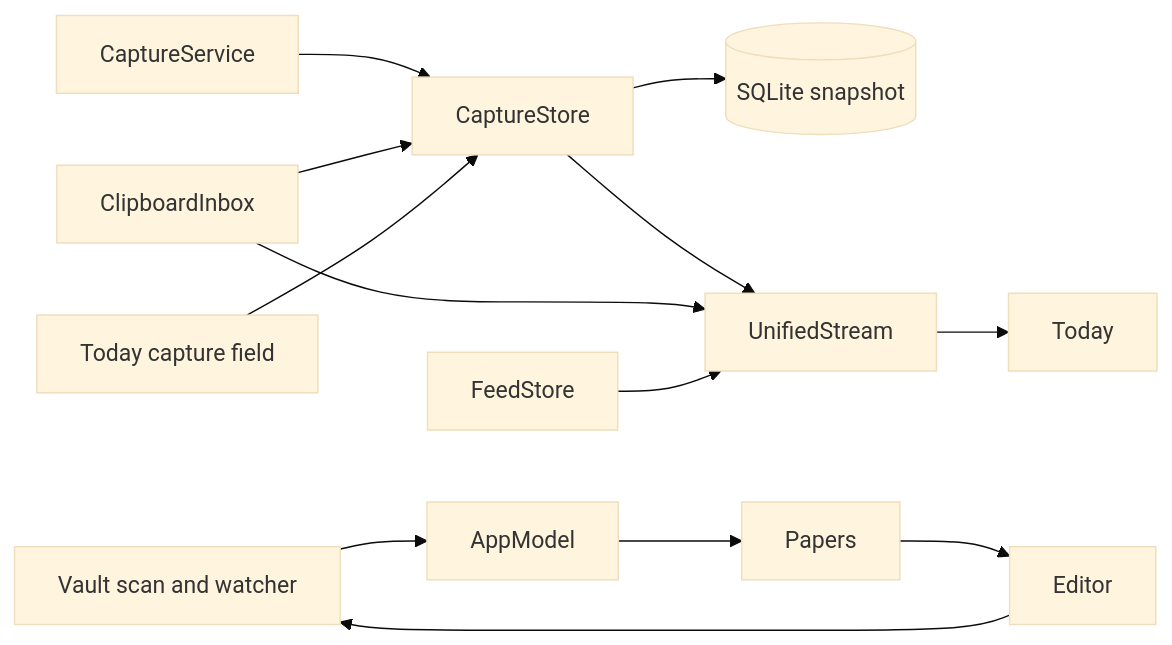
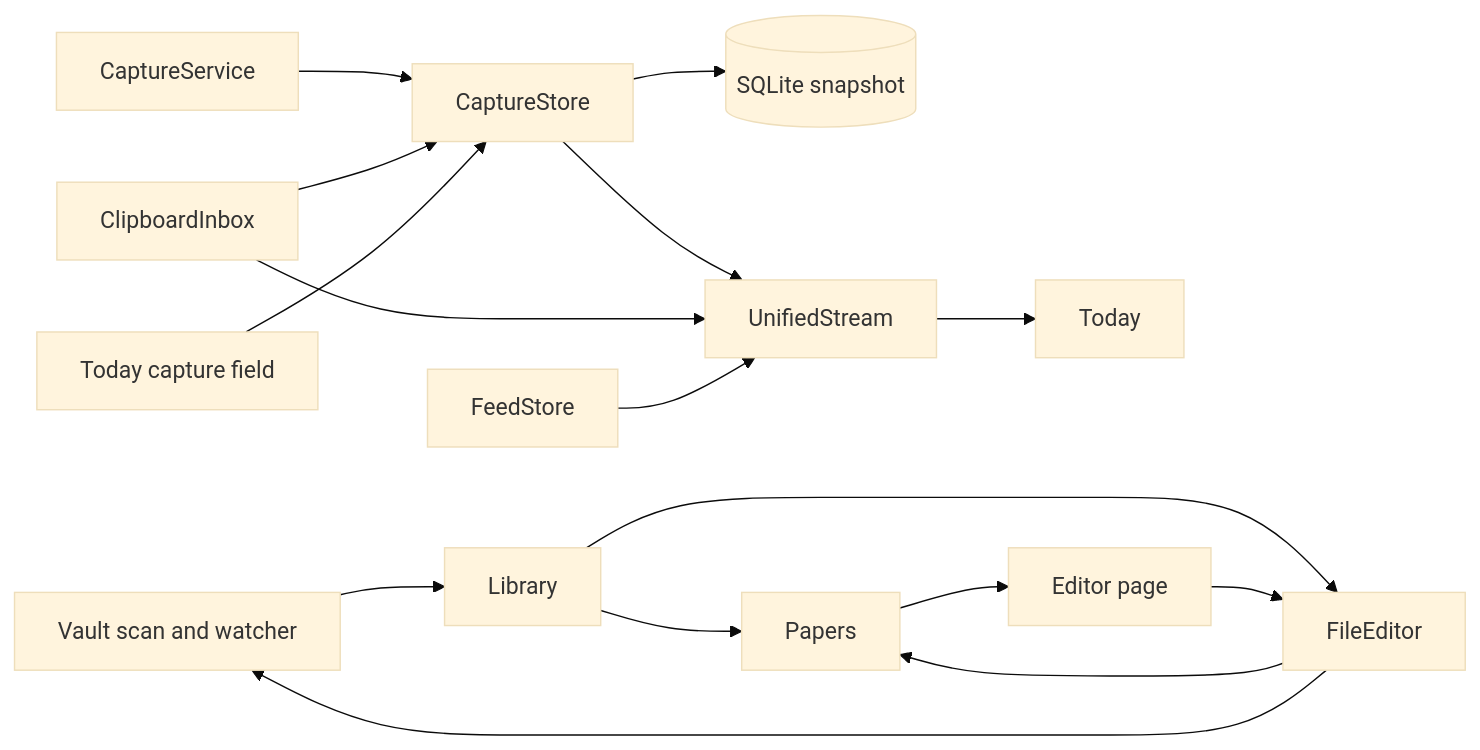
One commit to sonnes/piper changed the diagram in docs/internals/architecture.md. Above: the diagram before and after it, drawn with Mermaid (base theme). The commit also changed other lines of this file and 40 other files, not shown here.

First line of the commit message:
Split AppModel into Library and FileEditor

````diff
--- a/docs/internals/architecture.md
+++ b/docs/internals/architecture.md
@@ -14,14 +14,16 @@
 ```mermaid
 flowchart LR
     CS[CaptureService] --> S[CaptureStore]
     CB[ClipboardInbox] --> S
     P[Today capture field] --> S
     S --> D[(SQLite snapshot)]
     S --> U[UnifiedStream]
     CB --> U
     F[FeedStore] --> U
     U --> T[Today]
-    V[Vault scan and watcher] --> M[AppModel]
-    M --> W[Papers]
-    W --> ED[Editor] --> V
+    V[Vault scan and watcher] --> L[Library]
+    L --> W[Papers]
+    L --> FE[FileEditor]
+    FE --> W
+    W --> ED[Editor page] --> FE --> V
 ```
````
